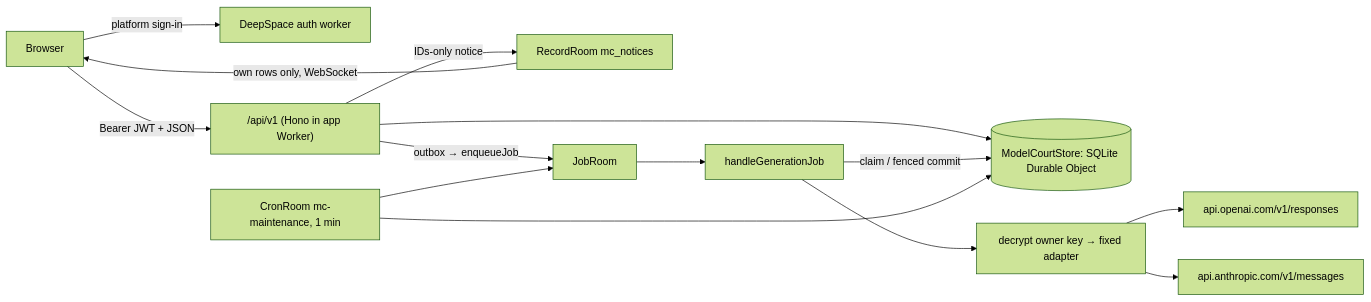
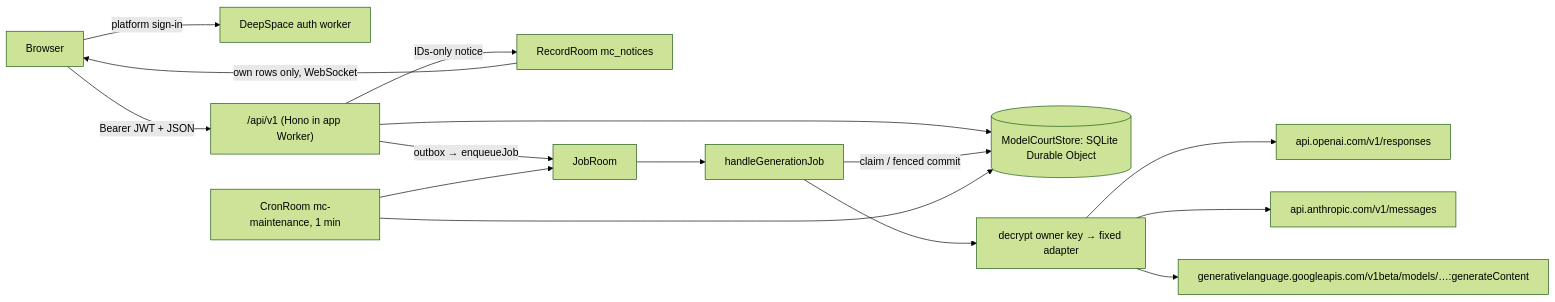
The diagram in docs/architecture.md (avxryn/model-court), drawn with Mermaid (forest theme) before and after one commit. The commit also changed 27 other files, not shown here.

````diff
--- a/docs/architecture.md
+++ b/docs/architecture.md
@@ -3,16 +3,17 @@
 ```mermaid
 flowchart LR
     B[Browser] -->|platform sign-in| A[DeepSpace auth worker]
     B -->|Bearer JWT + JSON| API["/api/v1 (Hono in app Worker)"]
     API --> D[(ModelCourtStore: SQLite Durable Object)]
     API -->|IDs-only notice| R[RecordRoom mc_notices]
     R -->|own rows only, WebSocket| B
     API -->|outbox → enqueueJob| Q[JobRoom]
     Q --> J[handleGenerationJob]
     J -->|claim / fenced commit| D
     J --> K[decrypt owner key → fixed adapter]
     K --> O[api.openai.com/v1/responses]
     K --> N[api.anthropic.com/v1/messages]
+    K --> G[generativelanguage.googleapis.com/v1beta/models/…:generateContent]
     C[CronRoom mc-maintenance, 1 min] --> D
     C --> Q
 ```
````
